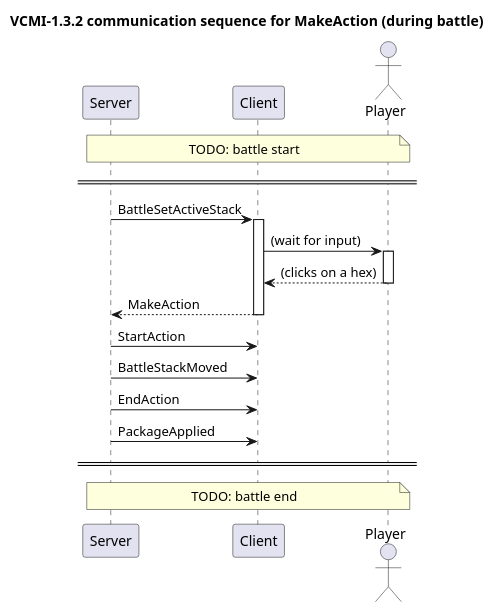
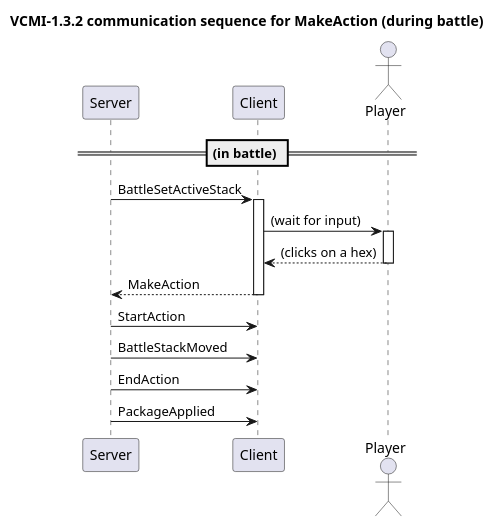
One commit to smanolloff/vcmi changed the diagram in _notes/diagrams/communication-sequence-MakeAction.puml. Above: the diagram before and after it, drawn with PlantUML. The commit also changed 23 other files, not shown here.

```diff
--- a/_notes/diagrams/communication-sequence-MakeAction.puml
+++ b/_notes/diagrams/communication-sequence-MakeAction.puml
@@ -1,39 +1,26 @@
 @startuml "vcmi-1.32-communication-sequence-MakeAction"
 
 title "VCMI-1.3.2 communication sequence for MakeAction (during battle)"
 
 participant Server as server
 participant Client as client
 actor Player as player
 
-note across
-TODO: battle start
-end note
-
-
-== ==
+== (in battle) ==
 
 autoactivate on
 
 server -> client: BattleSetActiveStack
 client -> player: (wait for input)
 player --> client: (clicks on a hex)
 client --> server: MakeAction
 
 autoactivate off
 
 server -> client: StartAction
 server -> client: BattleStackMoved
 server -> client: EndAction
 server -> client: PackageApplied
 
-== ==
-
-note across
-TODO: battle end
-end note
-
-
-
 
 @enduml
```
